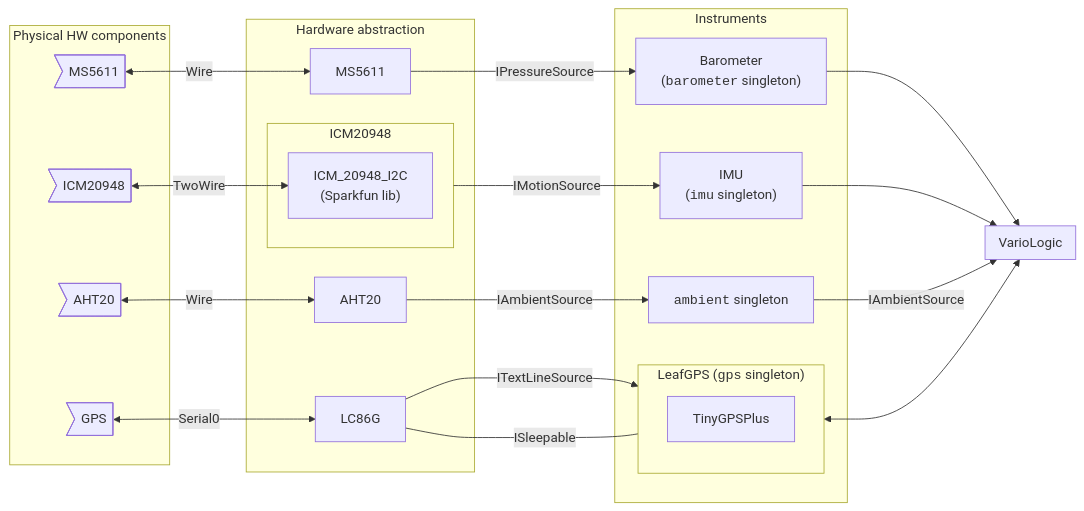
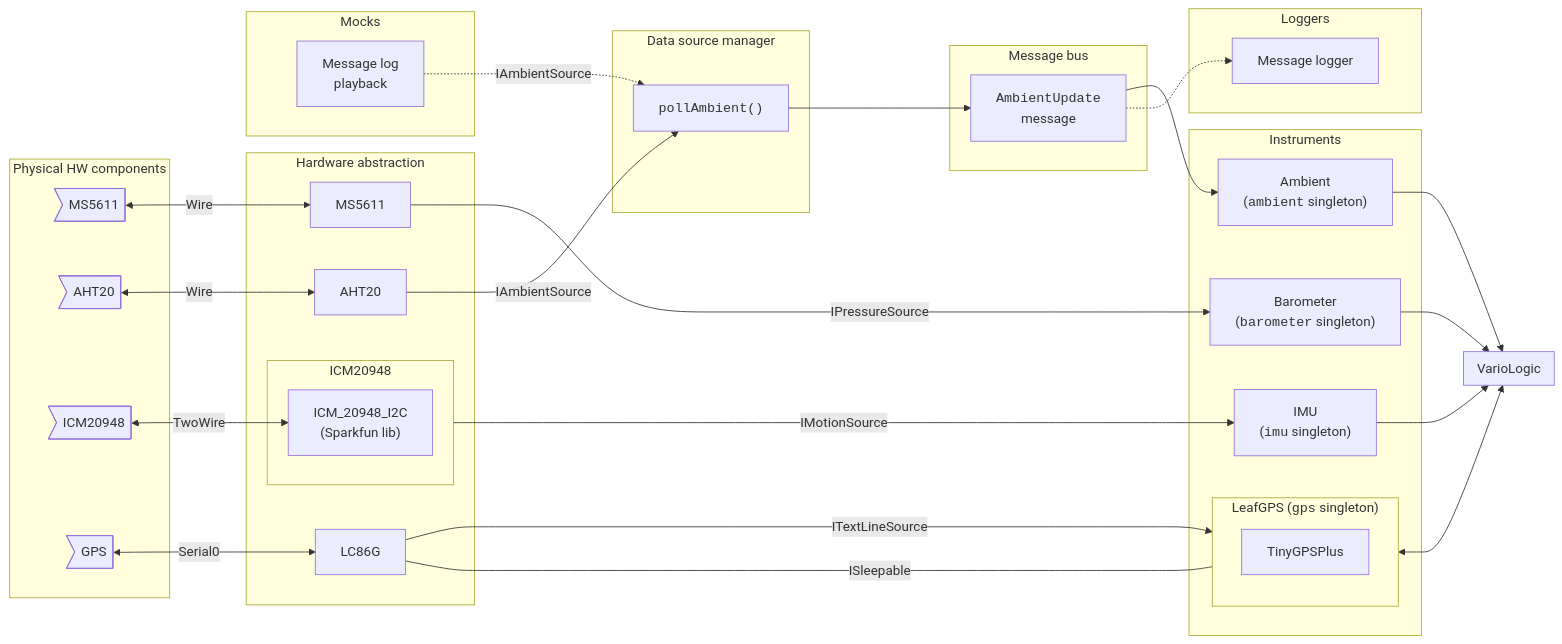
One commit to DangerMonkeys/leaf changed the diagram in src/vario/README.md. Above: the diagram before and after it, drawn with Mermaid. The commit also changed 21 other files, not shown here.

Commit message:
Send ambient data through message bus

````diff
--- a/src/vario/README.md
+++ b/src/vario/README.md
@@ -47,43 +47,63 @@
 ```mermaid
 flowchart LR
     subgraph Physical HW components
         MS5611dev>MS5611]
         AHT20dev>AHT20]
         ICM20948dev>ICM20948]
         GPSdev>GPS]
     end
 
     subgraph Hardware abstraction
         AHT20hw["AHT20"]
         MS5611["MS5611"]
         subgraph ICM20948
             ICM_20948_I2C
         end
         LC86G
     end
 
+    subgraph Mocks
+        MessagePlayback["Message log<br>playback"]
+    end
+
     subgraph Instruments
-        Ambient["<code>ambient</code> singleton"]
+        Ambient["Ambient<br>(<code>ambient</code> singleton)"]
         Barometer["Barometer<br>(<code>barometer</code> singleton)"]
         IMU["IMU<br>(<code>imu</code> singleton)"]
         subgraph LeafGPS["LeafGPS (<code>gps</code> singleton)"]
             TinyGPSPlus
         end
     end
 
+    subgraph Loggers
+        MessageLogger["Message logger"]
+    end
+
+    subgraph Data source manager
+        PollAmbient["<code>pollAmbient()</code>"]
+    end
+
+    subgraph Message bus
+        AmbientUpdateMessage["<code>AmbientUpdate</code><br>message"]
+    end
+
     subgraph VarioLogic
     end
 
     MS5611dev <-->|Wire| MS5611 -->|IPressureSource| Barometer
-    AHT20dev <-->|Wire| AHT20hw -->|IAmbientSource| Ambient
+    AHT20dev <-->|Wire| AHT20hw -->|IAmbientSource| PollAmbient --> AmbientUpdateMessage --> Ambient
     GPSdev <-->|Serial0| LC86G -->|ITextLineSource| LeafGPS
     LC86G ---|ISleepable| LeafGPS
+
+    MessagePlayback -.->|IAmbientSource| PollAmbient
 
     ICM20948dev <-->|TwoWire| ICM_20948_I2C["ICM_20948_I2C<br>(Sparkfun lib)"]
     ICM20948 -->|IMotionSource| IMU
 
+    AmbientUpdateMessage -.-> MessageLogger
+
     Barometer --> VarioLogic
     IMU --> VarioLogic
-    Ambient -->|IAmbientSource| VarioLogic
+    Ambient --> VarioLogic
     LeafGPS <--> VarioLogic
 ```
````
